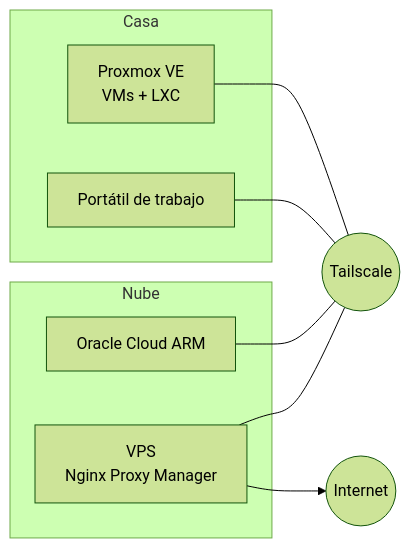
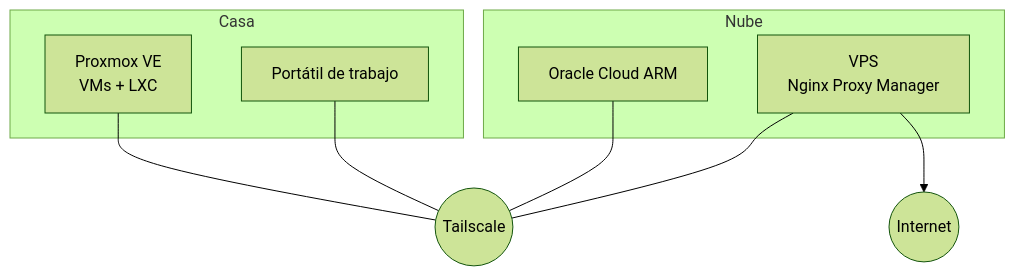
Before and after one commit to antonio101105/antonio101105: the diagram in README.md, drawn with Mermaid (forest theme). The commit also changed other lines of this file, not shown here.

Commit message:
Perfil: quitar tabla duplicada y diagrama vertical

````diff
--- a/README.md
+++ b/README.md
@@ -50,17 +44,17 @@
 ```mermaid
-flowchart LR
+flowchart TB
     subgraph Casa
         PVE["Proxmox VE<br/>VMs + LXC"]
         PC["Portátil de trabajo"]
     end
     subgraph Nube
         OCI["Oracle Cloud ARM"]
         VPS["VPS<br/>Nginx Proxy Manager"]
     end
     TS(("Tailscale"))
     PVE --- TS
     PC --- TS
     OCI --- TS
     VPS --- TS
     VPS --> Internet((Internet))
 ```
````
